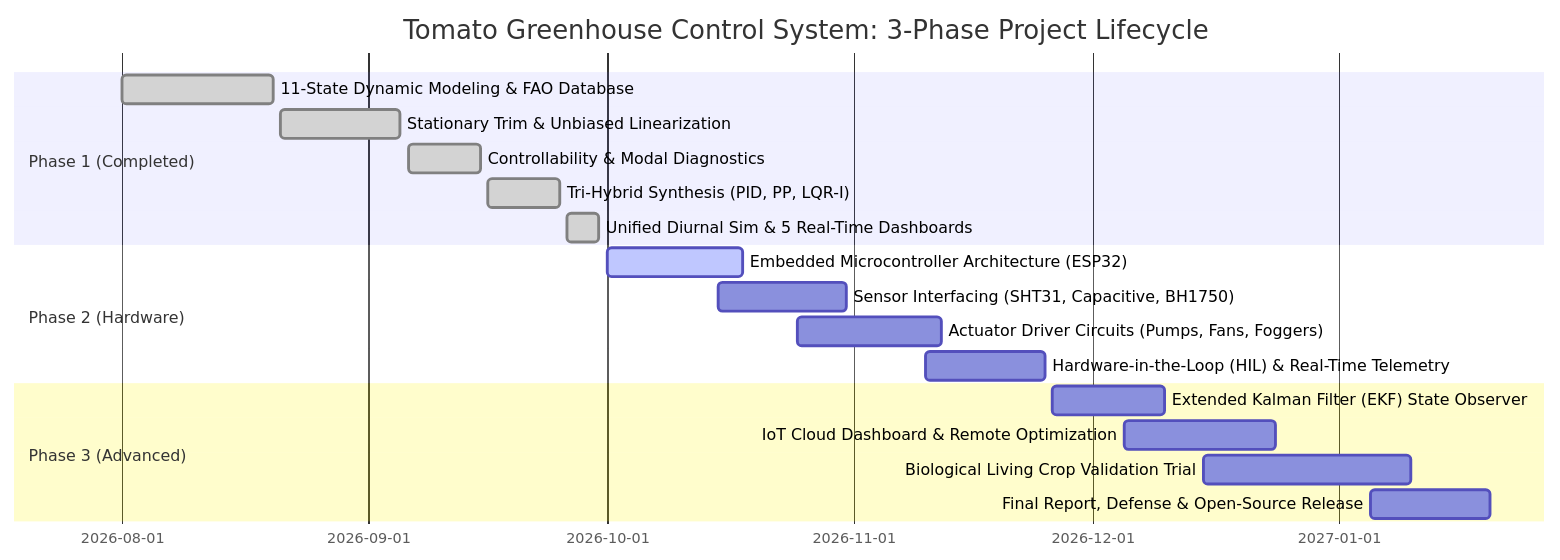
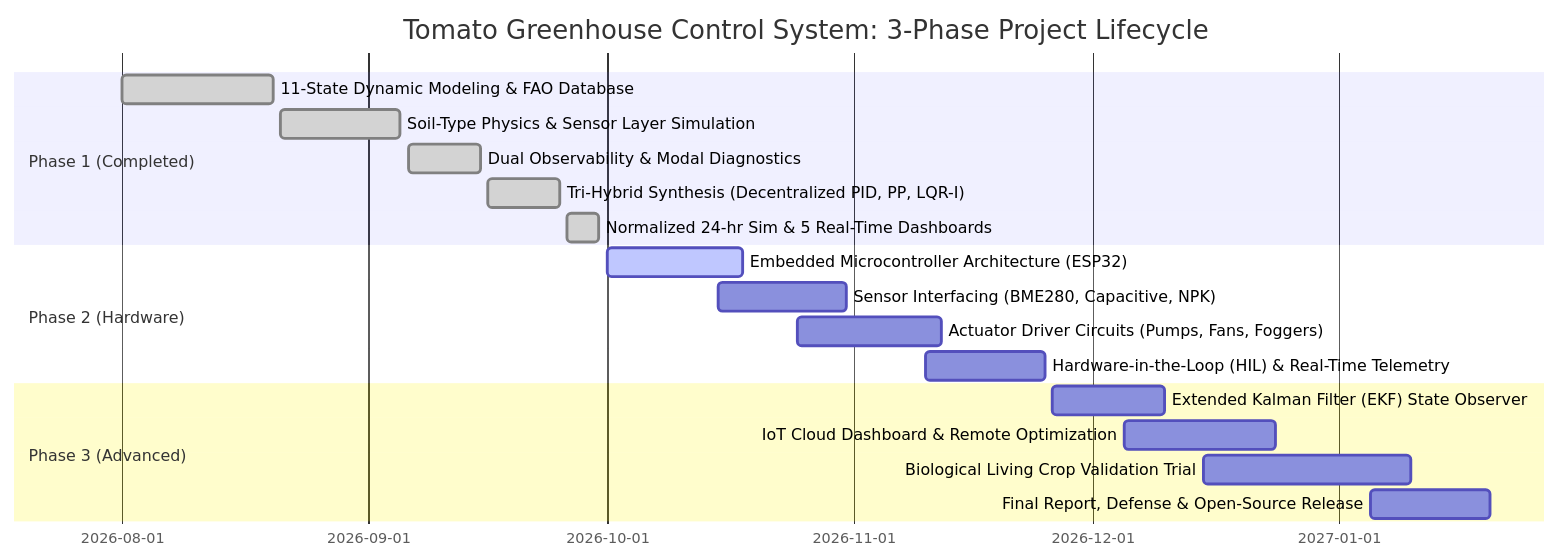
The diagram in MID_SEM_PLAN.md (Abhiram-k1/Microcontroller-Based-Tomato-Crop-Quality-Monitoring-and-Control-System-), drawn with Mermaid before and after one commit. The commit also changed other lines of this file and 9 other files, not shown here.

Commit message:
Enhance greenhouse system: Soil-type physics, ESP32 sensor layer with noise, physical bounds, water interlock, and dual observability

````diff
--- a/MID_SEM_PLAN.md
+++ b/MID_SEM_PLAN.md
@@ -21,21 +21,21 @@
 ```mermaid
 gantt
     title Tomato Greenhouse Control System: 3-Phase Project Lifecycle
     dateFormat  YYYY-MM-DD
     section Phase 1 (Completed)
     11-State Dynamic Modeling & FAO Database      :done, p1_1, 2026-08-01, 2026-08-20
-    Stationary Trim & Unbiased Linearization      :done, p1_2, 2026-08-21, 2026-09-05
-    Controllability & Modal Diagnostics           :done, p1_3, 2026-09-06, 2026-09-15
-    Tri-Hybrid Synthesis (PID, PP, LQR-I)         :done, p1_4, 2026-09-16, 2026-09-25
-    Unified Diurnal Sim & 5 Real-Time Dashboards  :done, p1_5, 2026-09-26, 2026-09-30
+    Soil-Type Physics & Sensor Layer Simulation  :done, p1_2, 2026-08-21, 2026-09-05
+    Dual Observability & Modal Diagnostics        :done, p1_3, 2026-09-06, 2026-09-15
+    Tri-Hybrid Synthesis (Decentralized PID, PP, LQR-I):done, p1_4, 2026-09-16, 2026-09-25
+    Normalized 24-hr Sim & 5 Real-Time Dashboards:done, p1_5, 2026-09-26, 2026-09-30
     section Phase 2 (Hardware)
     Embedded Microcontroller Architecture (ESP32) :active, p2_1, 2026-10-01, 2026-10-18
-    Sensor Interfacing (SHT31, Capacitive, BH1750):p2_2, 2026-10-15, 2026-10-31
+    Sensor Interfacing (BME280, Capacitive, NPK) :p2_2, 2026-10-15, 2026-10-31
     Actuator Driver Circuits (Pumps, Fans, Foggers):p2_3, 2026-10-25, 2026-11-12
     Hardware-in-the-Loop (HIL) & Real-Time Telemetry:p2_4, 2026-11-10, 2026-11-25
     section Phase 3 (Advanced)
     Extended Kalman Filter (EKF) State Observer   :p3_1, 2026-11-26, 2026-12-10
     IoT Cloud Dashboard & Remote Optimization     :p3_2, 2026-12-05, 2026-12-24
     Biological Living Crop Validation Trial       :p3_3, 2026-12-15, 2027-01-10
     Final Report, Defense & Open-Source Release   :p3_4, 2027-01-05, 2027-01-20
 ```
````
